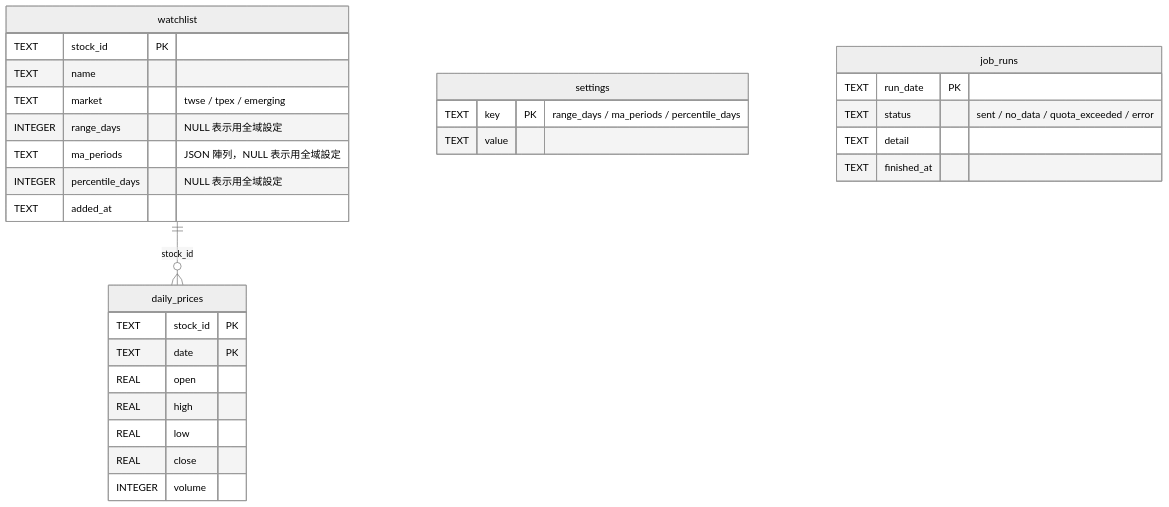
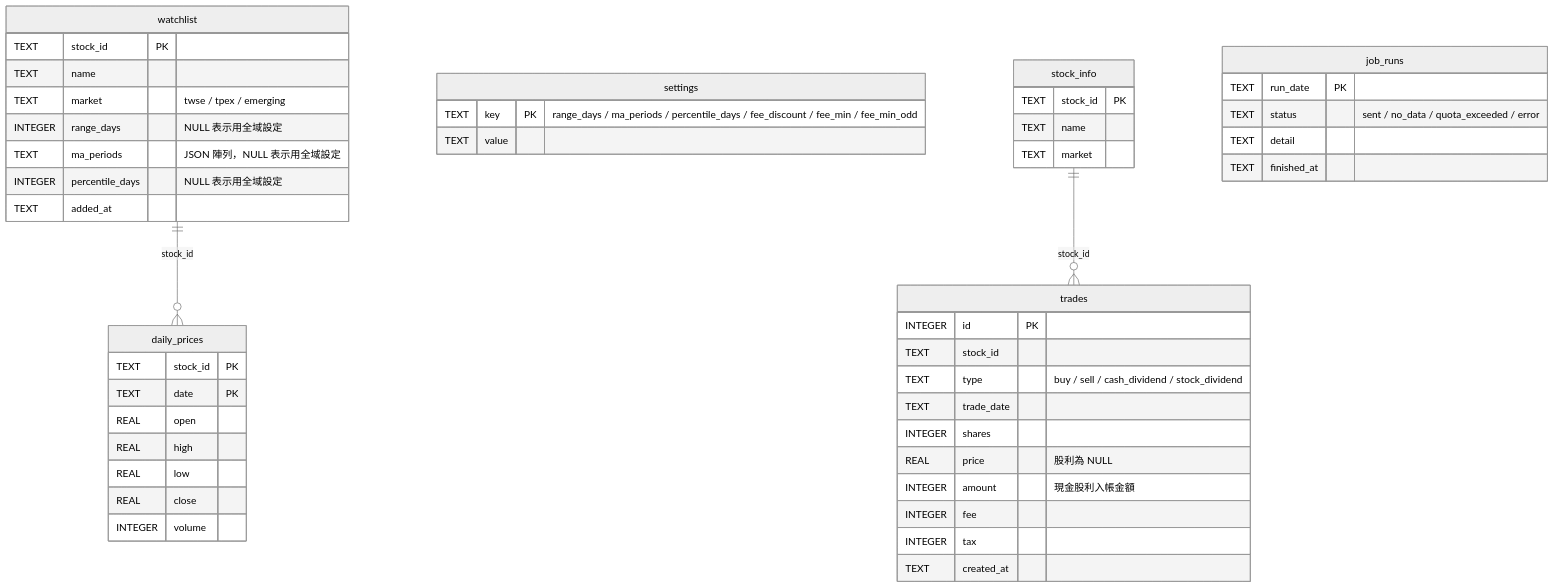
Before and after one commit to Ja7423/stock-tw-monitor: the seventh of 7 diagrams in doc/architecture.md, drawn with Mermaid (neutral theme). The commit also changed other lines of this file and 4 other files, not shown here.

````diff
--- a/doc/architecture.md
+++ b/doc/architecture.md
@@ -266,32 +303,50 @@
 ```mermaid
 erDiagram
   watchlist ||--o{ daily_prices : "stock_id"
   watchlist {
     TEXT stock_id PK
     TEXT name
     TEXT market "twse / tpex / emerging"
     INTEGER range_days "NULL 表示用全域設定"
     TEXT ma_periods "JSON 陣列，NULL 表示用全域設定"
     INTEGER percentile_days "NULL 表示用全域設定"
     TEXT added_at
   }
   daily_prices {
     TEXT stock_id PK
     TEXT date PK
     REAL open
     REAL high
     REAL low
     REAL close
     INTEGER volume
   }
   settings {
-    TEXT key PK "range_days / ma_periods / percentile_days"
+    TEXT key PK "range_days / ma_periods / percentile_days / fee_discount / fee_min / fee_min_odd"
     TEXT value
+  }
+  stock_info ||--o{ trades : "stock_id"
+  stock_info {
+    TEXT stock_id PK
+    TEXT name
+    TEXT market
+  }
+  trades {
+    INTEGER id PK
+    TEXT stock_id
+    TEXT type "buy / sell / cash_dividend / stock_dividend"
+    TEXT trade_date
+    INTEGER shares
+    REAL price "股利為 NULL"
+    INTEGER amount "現金股利入帳金額"
+    INTEGER fee
+    INTEGER tax
+    TEXT created_at
   }
   job_runs {
     TEXT run_date PK
     TEXT status "sent / no_data / quota_exceeded / error"
     TEXT detail
     TEXT finished_at
   }
 ```
````
